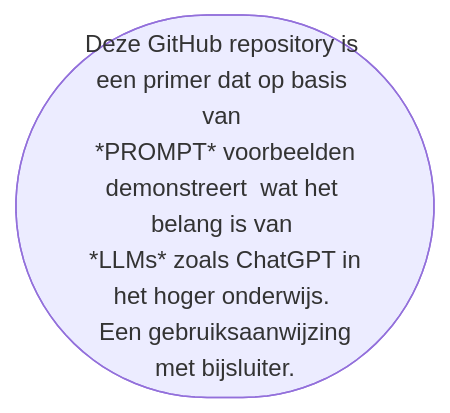
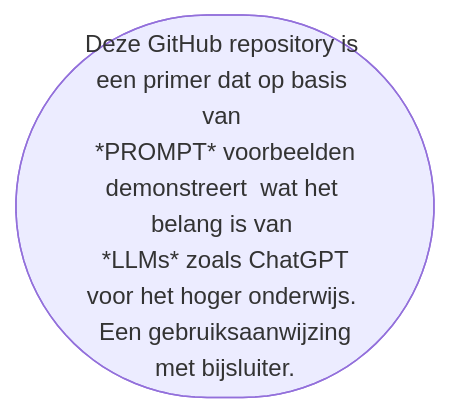
Before and after one commit to robvdw/AI-s-NEW-FRONTIER--Chat-GPT: the first of 2 diagrams in README.md, drawn with Mermaid. The commit also changed other lines of this file, not shown here.

````diff
--- a/README.md
+++ b/README.md
@@ -15,6 +15,6 @@
 ```mermaid
 flowchart LR
 
-A([Deze GitHub repository is een primer dat op basis van <br >  *PROMPT* voorbeelden  demonstreert  wat het belang is van <br > *LLMs* zoals ChatGPT in het hoger onderwijs. <br> Een gebruiksaanwijzing met bijsluiter.])
+A([Deze GitHub repository is een primer dat op basis van <br >  *PROMPT* voorbeelden  demonstreert  wat het belang is van <br > *LLMs* zoals ChatGPT voor het hoger onderwijs. <br> Een gebruiksaanwijzing met bijsluiter.])
 
 ```
````
